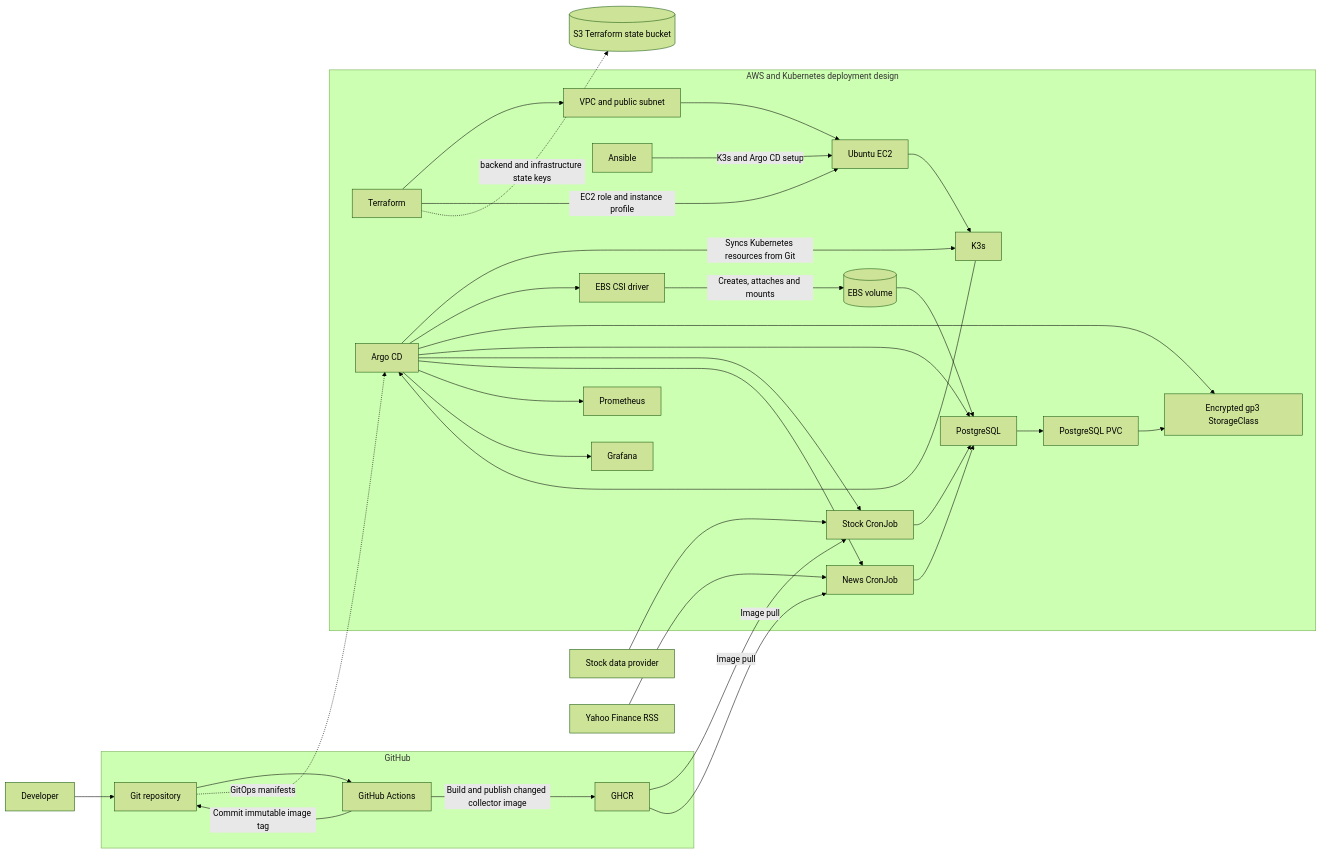
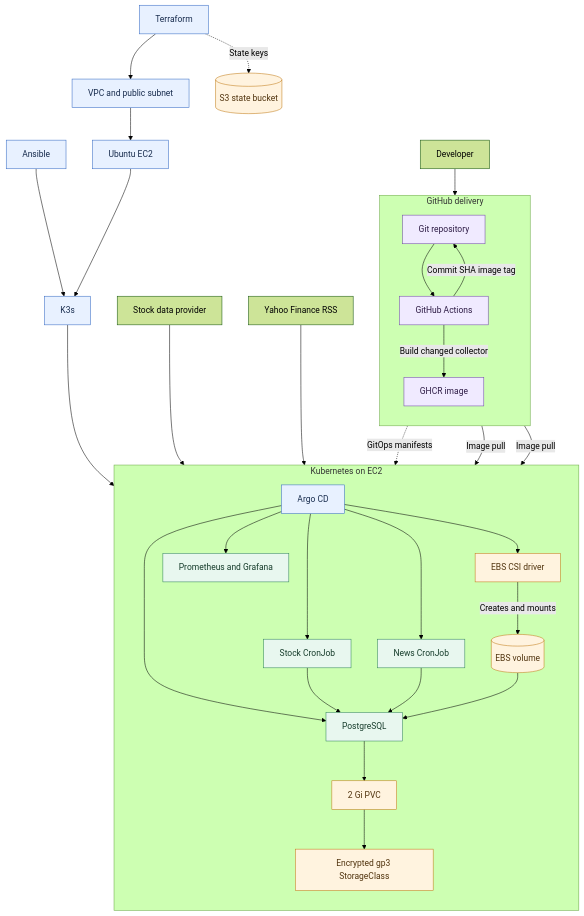
One commit to dandapss/DevOps_Event_Intelligence_Platform changed the diagram in README.md. Above: the diagram before and after it, drawn with Mermaid (forest theme). The commit also changed 7 other files, not shown here.

```diff
--- a/README.md
+++ b/README.md
@@ -19,58 +19,48 @@
 ~~~mermaid
-flowchart LR
-  Developer[Developer] --> GitHubRepo
+flowchart TB
+  Developer[Developer] --> Repo[Git repository]
 
-  subgraph GitHub["GitHub"]
-    GitHubRepo[Git repository]
-    Actions[GitHub Actions]
-    GHCR[GHCR]
-    GitHubRepo --> Actions
-    Actions -->|Build and publish changed collector image| GHCR
-    Actions -->|Commit immutable image tag| GitHubRepo
+  subgraph Delivery[GitHub delivery]
+    direction TB
+    Repo --> Actions[GitHub Actions]
+    Actions -->|Build changed collector| GHCR[GHCR image]
+    Actions -->|Commit SHA image tag| Repo
   end
 
-  subgraph AWS["AWS and Kubernetes deployment design"]
-    Terraform[Terraform]
-    VPC[VPC and public subnet]
-    EC2[Ubuntu EC2]
-    HostSetup[Ansible]
-    K3s[K3s]
-    ArgoCD[Argo CD]
-    EBSCSI[EBS CSI driver]
-    StorageClass[Encrypted gp3 StorageClass]
-    PostgreSQL[PostgreSQL]
-    PVC[PostgreSQL PVC]
-    EBS[(EBS volume)]
-    StockJob[Stock CronJob]
-    NewsJob[News CronJob]
-    Prometheus[Prometheus]
-    Grafana[Grafana]
+  Repo -. GitOps manifests .-> ArgoCD[Argo CD]
+  Terraform[Terraform] --> VPC[VPC and public subnet]
+  VPC --> EC2[Ubuntu EC2]
+  Ansible[Ansible] --> K3s[K3s]
+  EC2 --> K3s
+  K3s --> ArgoCD
 
-    Terraform --> VPC --> EC2
-    Terraform -->|EC2 role and instance profile| EC2
-    HostSetup -->|K3s and Argo CD setup| EC2
-    EC2 --> K3s --> ArgoCD
-    ArgoCD -->|Syncs Kubernetes resources from Git| K3s
-    ArgoCD --> EBSCSI
-    ArgoCD --> StorageClass
-    ArgoCD --> PostgreSQL
-    PostgreSQL --> PVC --> StorageClass
-    EBSCSI -->|Creates, attaches and mounts| EBS
+  subgraph Cluster[Kubernetes on EC2]
+    direction TB
+    ArgoCD --> Stock[Stock CronJob]
+    ArgoCD --> News[News CronJob]
+    ArgoCD --> PostgreSQL[PostgreSQL]
+    ArgoCD --> EBSCSI[EBS CSI driver]
+    ArgoCD --> Monitoring[Prometheus and Grafana]
+    Stock --> PostgreSQL
+    News --> PostgreSQL
+    PostgreSQL --> PVC[2 Gi PVC]
+    PVC --> SC[Encrypted gp3 StorageClass]
+    EBSCSI -->|Creates and mounts| EBS[(EBS volume)]
     EBS --> PostgreSQL
-    ArgoCD --> StockJob
-    ArgoCD --> NewsJob
-    ArgoCD --> Prometheus
-    ArgoCD --> Grafana
-    GHCR -->|Image pull| StockJob
-    GHCR -->|Image pull| NewsJob
   end
 
-  GitHubRepo -.->|GitOps manifests| ArgoCD
-  StockAPI[Stock data provider] --> StockJob
-  YahooRSS[Yahoo Finance RSS] --> NewsJob
-  StockJob --> PostgreSQL
-  NewsJob --> PostgreSQL
+  GHCR -->|Image pull| Stock
+  GHCR -->|Image pull| News
+  StockSource[Stock data provider] --> Stock
+  NewsSource[Yahoo Finance RSS] --> News
+  Terraform -. State keys .-> S3[(S3 state bucket)]
 
-  S3[(S3 Terraform state bucket)]
-  Terraform -.->|backend and infrastructure state keys| S3
+  classDef github fill:#f0eaff,stroke:#7048a8,color:#2d1b45
+  classDef cloud fill:#e8f1ff,stroke:#356ac3,color:#172b4d
+  classDef workload fill:#e8f7ef,stroke:#31845b,color:#163c2b
+  classDef storage fill:#fff3df,stroke:#c17a16,color:#50330d
+  class Repo,Actions,GHCR github
+  class Terraform,VPC,EC2,Ansible,K3s,ArgoCD cloud
+  class Stock,News,PostgreSQL,Monitoring workload
+  class PVC,SC,EBSCSI,EBS,S3 storage
 ~~~
```
